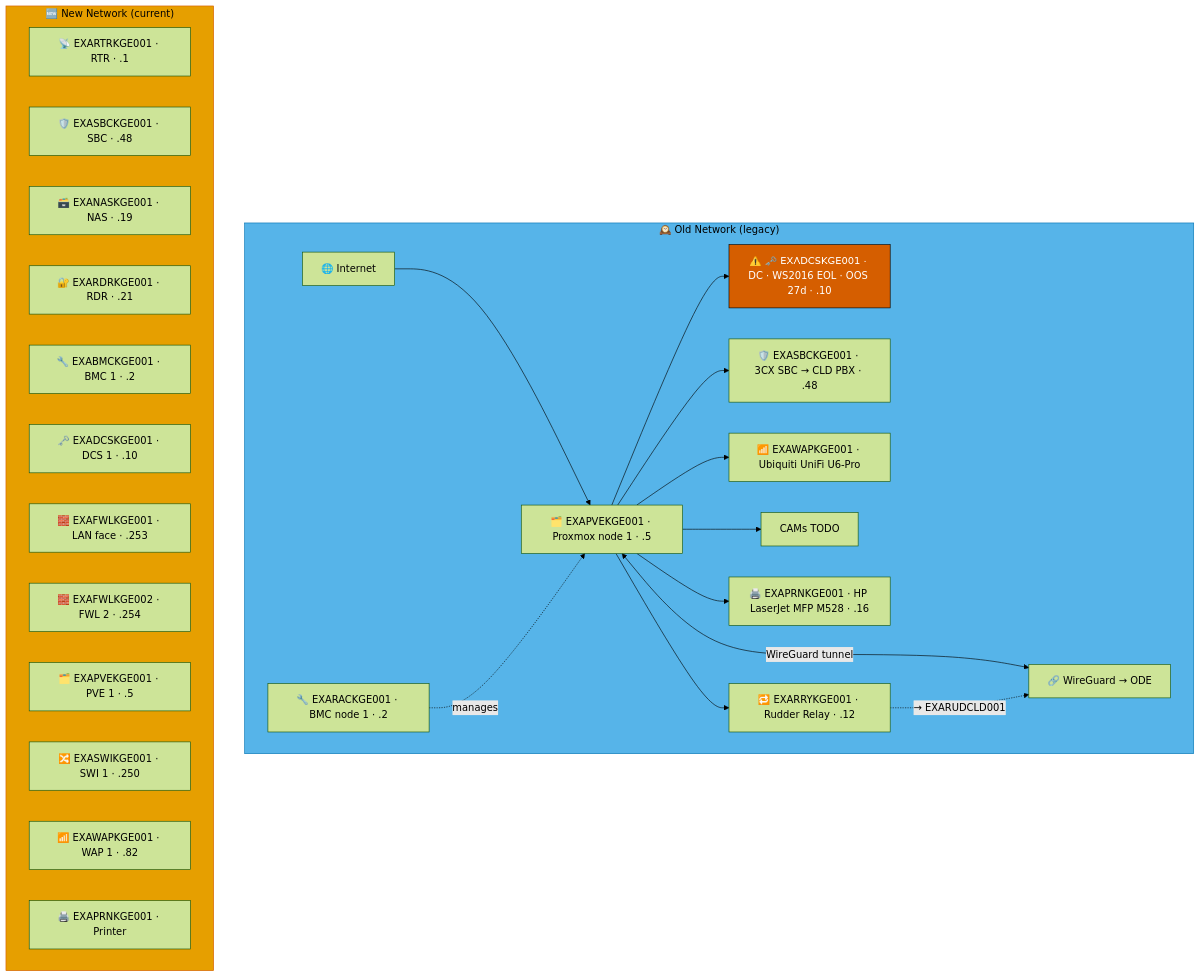
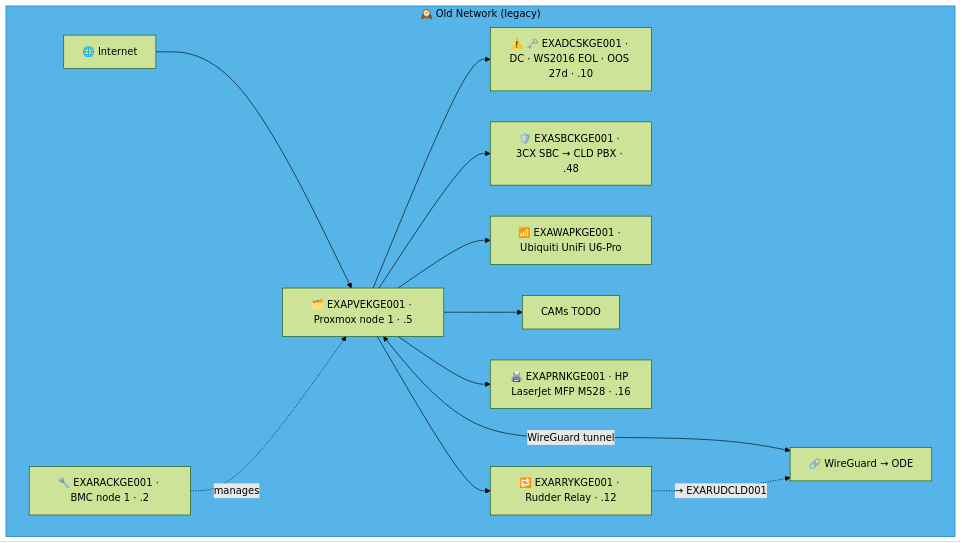
One commit to knightmare2600/example_music_infra changed the fifth of 18 diagrams in docs/network-diagram/danmark.md. Above: the diagram before and after it, drawn with Mermaid (forest theme). The commit also changed other lines of this file and 35 other files, not shown here.

````diff
--- a/docs/network-diagram/danmark.md
+++ b/docs/network-diagram/danmark.md
@@ -173,43 +209,24 @@
 ```mermaid
 graph TD
     subgraph OLD_KGE ["🕰️ Old Network (legacy)"]
       INET["🌐 Internet"]
       RAC["🔧 EXARACKGE001 · BMC node 1 · .2"]
       PVE["🗂️ EXAPVEKGE001 · Proxmox node 1 · .5"]
       DC["⚠️ 🗝️ EXADCSKGE001 · DC · WS2016 EOL · OOS 27d · .10"]
       SBC["🛡️ EXASBCKGE001 · 3CX SBC → CLD PBX · .48"]
       RRY["🔁 EXARRYKGE001 · Rudder Relay · .12"]
       WAP["📶 EXAWAPKGE001 · Ubiquiti UniFi U6-Pro"]
       CAM["CAMs TODO"]
       PRN["🖨️ EXAPRNKGE001 · HP LaserJet MFP M528 · .16"]
       VPN["🔗 WireGuard → ODE"]
 
       INET --> PVE --> DC & SBC
       RAC -.->|"manages"| PVE
       PVE --> WAP & CAM & PRN
       PVE <-->|"WireGuard tunnel"| VPN
 
       PVE --> RRY
       RRY -. "→ EXARUDCLD001" .-> VPN
     end
     style OLD_KGE fill:#56B4E9,stroke:#0072B2,color:#000000
-    %% GENERATED:NEW-NETWORK:KGE:START
-    subgraph NEW_KGE ["🆕 New Network (current)"]
-      N_RTR["📡 EXARTRKGE001 · RTR · .1"]
-      N_SBC["🛡️ EXASBCKGE001 · SBC · .48"]
-      N_NAS["🗃️ EXANASKGE001 · NAS · .19"]
-      N_RDR["🔐 EXARDRKGE001 · RDR · .21"]
-      N_BMC["🔧 EXABMCKGE001 · BMC 1 · .2"]
-      N_DCS["🗝️ EXADCSKGE001 · DCS 1 · .10"]
-      N_FWL["🧱 EXAFWLKGE001 · LAN face · .253"]
-      N_FWL2["🧱 EXAFWLKGE002 · FWL 2 · .254"]
-      N_PVE["🗂️ EXAPVEKGE001 · PVE 1 · .5"]
-      N_SWI["🔀 EXASWIKGE001 · SWI 1 · .250"]
-      N_WAP["📶 EXAWAPKGE001 · WAP 1 · .82"]
-      N_PRN["🖨️ EXAPRNKGE001 · Printer"]
-    end
-    style NEW_KGE fill:#E69F00,stroke:#D55E00,color:#000000
-    %% GENERATED:NEW-NETWORK:KGE:END
-    classDef warn fill:#D55E00,stroke:#000000,color:#ffffff
-    class DC warn
 ```
````
